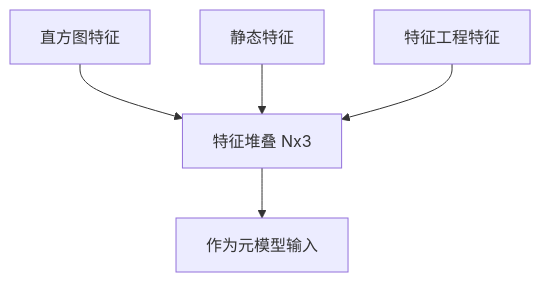
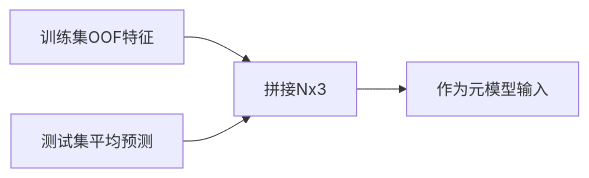
The sixth of 12 diagrams in machine_learning/ensemble_learning/docs/基于Stacking和加权融合的多层集成学习方案.md (zsh003/maltack), drawn with Mermaid before and after one commit. The commit also changed other lines of this file and 2 other files, not shown here.

````diff
--- a/machine_learning/ensemble_learning/docs/基于Stacking和加权融合的多层集成学习方案.md
+++ b/machine_learning/ensemble_learning/docs/基于Stacking和加权融合的多层集成学习方案.md
@@ -97,7 +107,6 @@
 ```mermaid
-flowchart TD
-  Data1[直方图特征] --> StackMat[特征堆叠 Nx3]
-  Data2[静态特征] --> StackMat
-  Data3[特征工程特征] --> StackMat
+flowchart LR
+  TrainOOF[训练集OOF特征] --> StackMat[拼接Nx3]
+  TestAvg[测试集平均预测] --> StackMat
   StackMat --> MetaInput[作为元模型输入]
 ```
````
